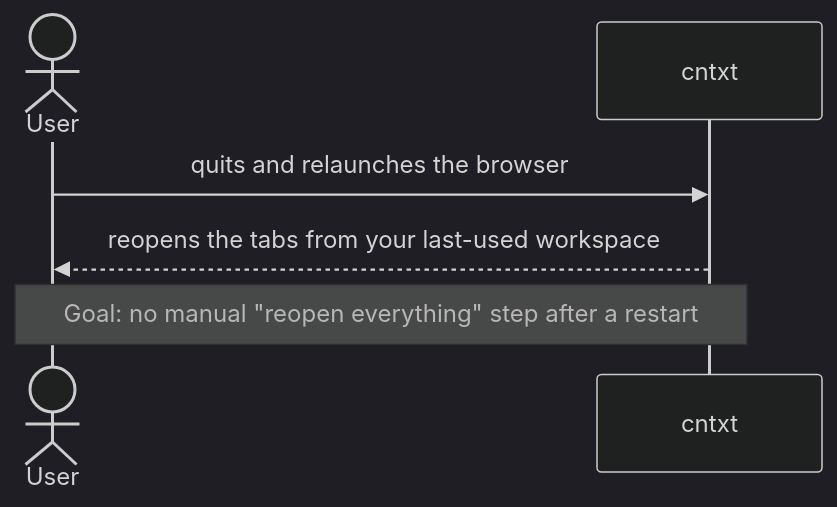
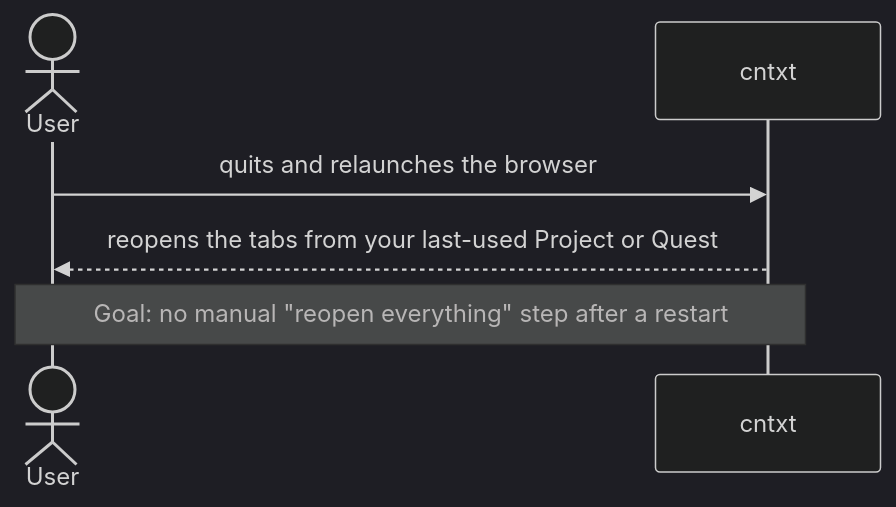
One commit to enyhma/cntxt changed the sixth of 11 diagrams in docs/workflows.md. Above: the diagram before and after it, drawn with Mermaid (dark theme). The commit also changed other lines of this file and 9 other files, not shown here.

````diff
--- a/docs/workflows.md
+++ b/docs/workflows.md
@@ -152,9 +161,9 @@
 ```mermaid
 sequenceDiagram
     actor User
     participant cntxt
 
     User->>cntxt: quits and relaunches the browser
-    cntxt-->>User: reopens the tabs from your last-used workspace
+    cntxt-->>User: reopens the tabs from your last-used Project or Quest
     Note over User,cntxt: Goal: no manual "reopen everything" step after a restart
 ```
````
